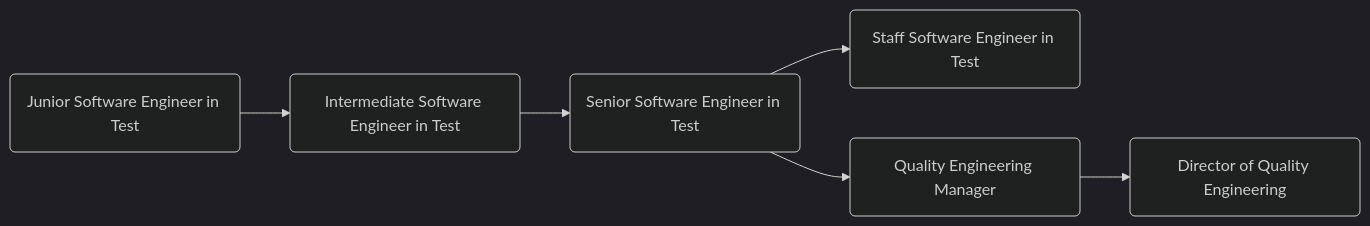
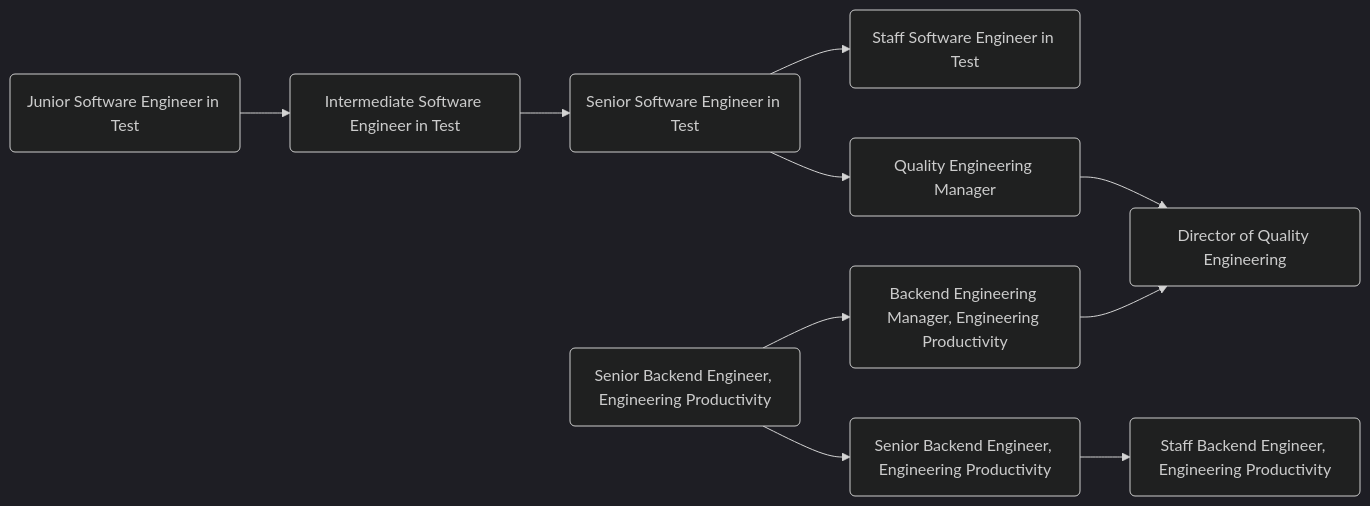
The third of 5 diagrams in career-development/index.html.md (secretstartups/handbook), drawn with Mermaid (dark theme) before and after one commit. The commit also changed other lines of this file, not shown here.

Commit message:
Add engineering productivity roles in the career growth for Quality

````diff
--- a/career-development/index.html.md
+++ b/career-development/index.html.md
@@ -176,16 +176,20 @@
 ```mermaid
   graph LR;
   qual:jset(Junior Software Engineer in Test)-->qual:iset(Intermediate Software Engineer in Test);
   qual:iset(Intermediate Software Engineer in Test)-->qual:sset(Senior Software Engineer in Test);
-
   qual:sset(Senior Software Engineer in Test)-->qual:stset(Staff Software Engineer in Test);
   qual:sset(Senior Software Engineer in Test)-->qual:qem(Quality Engineering Manager);
   qual:qem(Quality Engineering Manager)-->qual:dqe(Director of Quality Engineering);
+  
+  qual:ibeep(Intermediate Backend Engineer, Engineering Productivity)-->qual:sbeep(Senior Backend Engineer, Engineering Productivity);
+  qual:sbeep(Senior Backend Engineer, Engineering Productivity)-->qual:stbeep(Staff Backend Engineer, Engineering Productivity);
+  qual:ibeep(Senior Backend Engineer, Engineering Productivity)-->qual:bemep(Backend Engineering Manager, Engineering Productivity);
+  qual:bemep(Backend Engineering Manager, Engineering Productivity)-->qual:dqe(Director of Quality Engineering);
 
   click qual:jset "/job-families/engineering/software-engineer-in-test#junior-software-engineer-in-test";
   click qual:iset "/job-families/engineering/software-engineer-in-test#intermediate-software-engineer-in-test";
   click qual:sset "/job-families/engineering/software-engineer-in-test#senior-software-engineer-in-test";
   click qual:stset "/job-families/engineering/software-engineer-in-test#staff-software-engineer-in-test";
   click qual:qem "/job-families/engineering/engineering-management-quality/#quality-engineering-manager";
   click qual:dqe "/job-families/engineering/engineering-management-quality/#director-of-quality-engineering";
 ```
````
